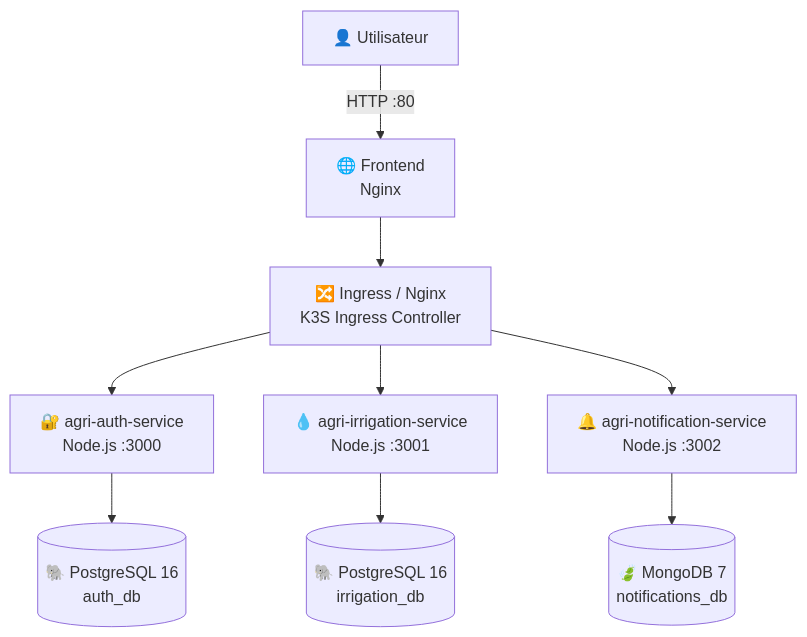
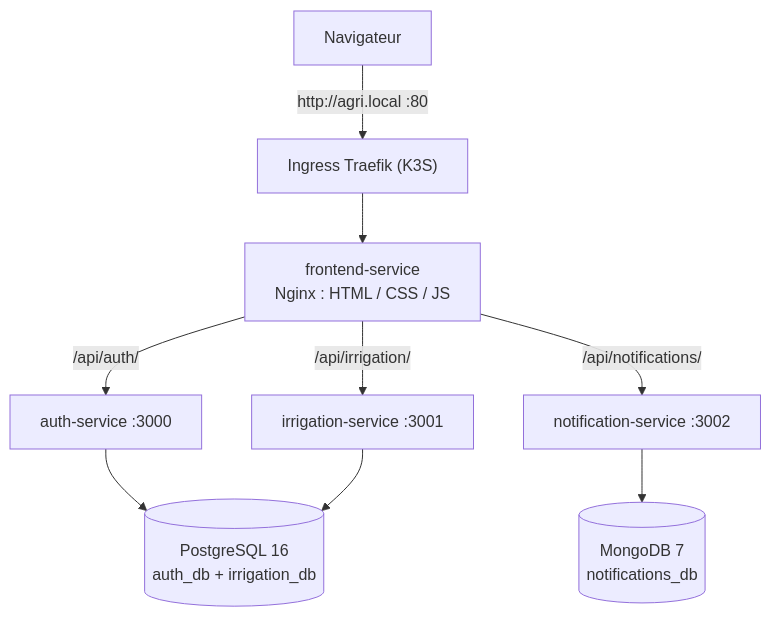
The diagram in README.md (ferid-saad/agri-irrigation-final-project-k8s), drawn with Mermaid before and after one commit. The commit also changed other lines of this file, not shown here.

````diff
--- a/README.md
+++ b/README.md
@@ -57,11 +45,11 @@
 ```mermaid
 graph TD
-    User["👤 Utilisateur"] -->|HTTP :80| Frontend["🌐 Frontend\nNginx"]
-    Frontend --> Ingress["🔀 Ingress / Nginx\nK3S Ingress Controller"]
-    Ingress --> Auth["🔐 agri-auth-service\nNode.js :3000"]
-    Ingress --> Irrigation["💧 agri-irrigation-service\nNode.js :3001"]
-    Ingress --> Notification["🔔 agri-notification-service\nNode.js :3002"]
-    Auth --> PG1[("🐘 PostgreSQL 16\nauth_db")]
-    Irrigation --> PG2[("🐘 PostgreSQL 16\nirrigation_db")]
-    Notification --> Mongo[("🍃 MongoDB 7\nnotifications_db")]
+    User["Navigateur"] -->|"http://agri.local :80"| Traefik["Ingress Traefik (K3S)"]
+    Traefik --> Front["frontend-service<br/>Nginx : HTML / CSS / JS"]
+    Front -->|"/api/auth/"| Auth["auth-service :3000"]
+    Front -->|"/api/irrigation/"| Irr["irrigation-service :3001"]
+    Front -->|"/api/notifications/"| Notif["notification-service :3002"]
+    Auth --> PG[("PostgreSQL 16<br/>auth_db + irrigation_db")]
+    Irr --> PG
+    Notif --> Mongo[("MongoDB 7<br/>notifications_db")]
 ```
````
